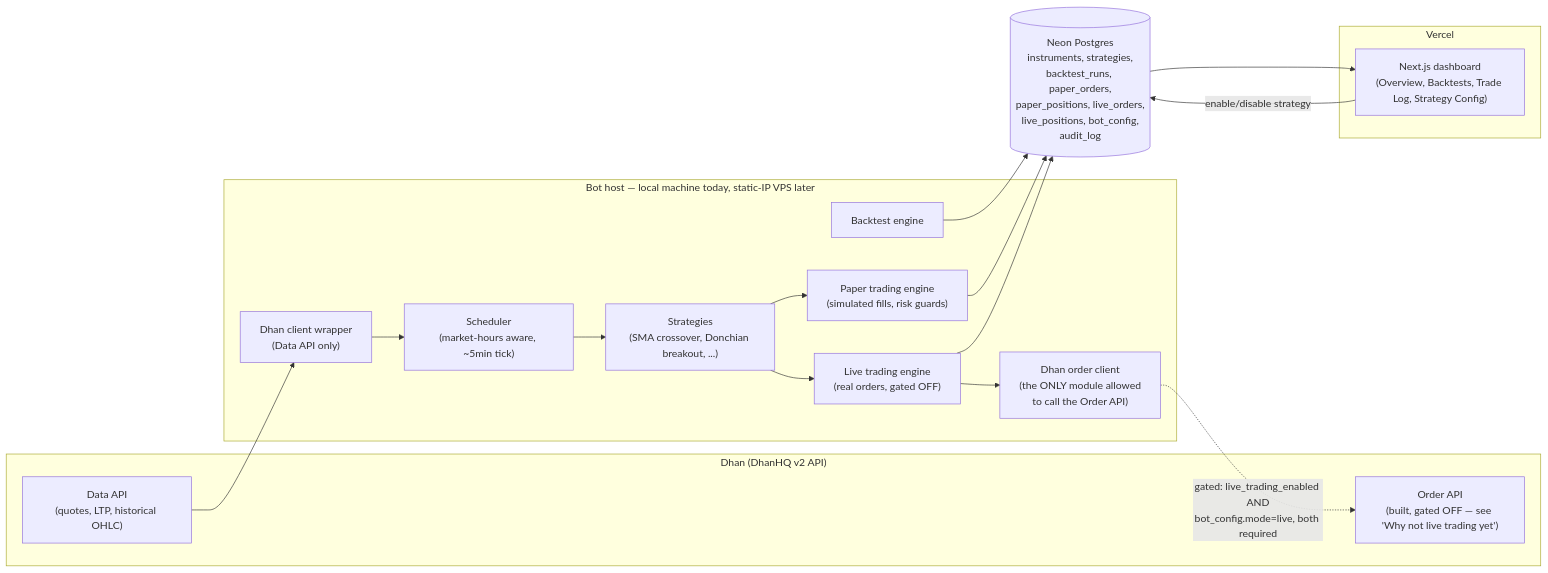
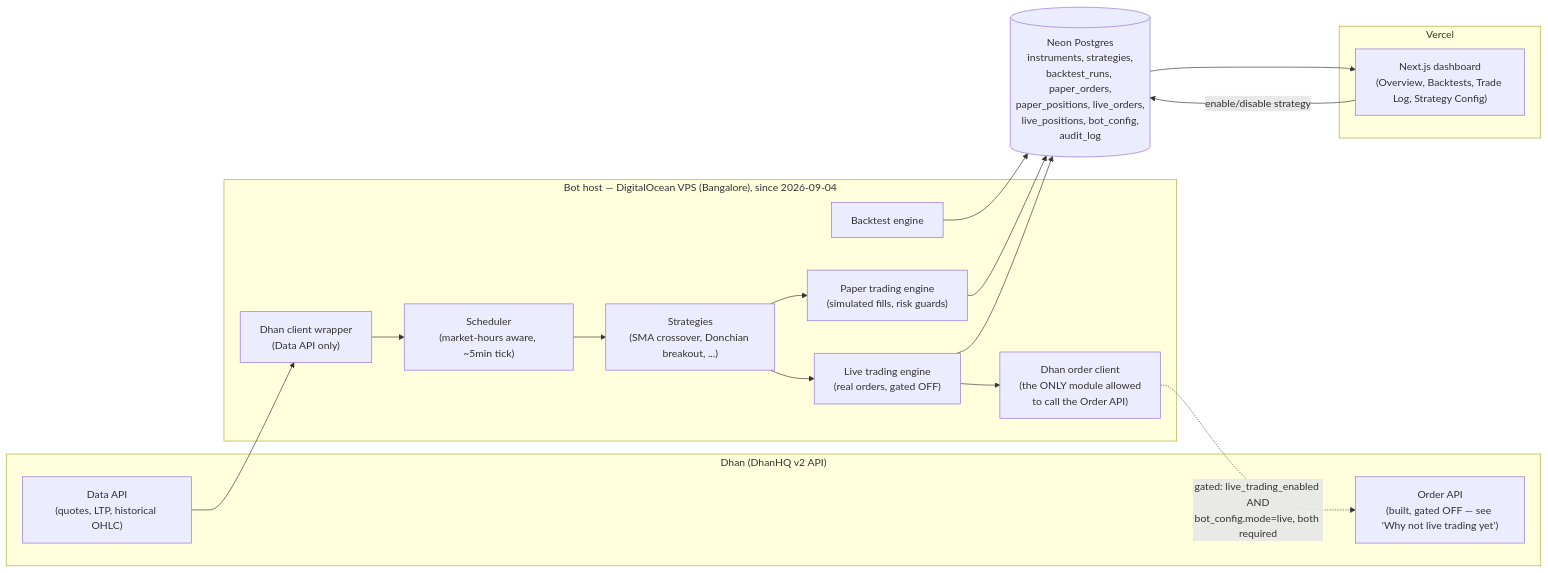
Before and after one commit to nowgrowmore/growmore: the diagram in docs/architecture.md, drawn with Mermaid. The commit also changed other lines of this file and 7 other files, not shown here.

First line of the commit message:
Move bot to a DigitalOcean VPS; start recording live strategy signal state

````diff
--- a/docs/architecture.md
+++ b/docs/architecture.md
@@ -5,34 +5,34 @@
 ```mermaid
 flowchart LR
     subgraph Dhan["Dhan (DhanHQ v2 API)"]
         DataAPI["Data API\n(quotes, LTP, historical OHLC)"]
         OrderAPI["Order API\n(built, gated OFF — see 'Why not live trading yet')"]
     end
 
-    subgraph BotHost["Bot host — local machine today, static-IP VPS later"]
+    subgraph BotHost["Bot host — DigitalOcean VPS (Bangalore), since 2026-09-04"]
         Scheduler["Scheduler\n(market-hours aware, ~5min tick)"]
         Strategies["Strategies\n(SMA crossover, Donchian breakout, ...)"]
         Backtest["Backtest engine"]
         Paper["Paper trading engine\n(simulated fills, risk guards)"]
         Live["Live trading engine\n(real orders, gated OFF)"]
         Broker["Dhan client wrapper\n(Data API only)"]
         OrderClient["Dhan order client\n(the ONLY module allowed\nto call the Order API)"]
     end
 
     DB[("Neon Postgres\ninstruments, strategies,\nbacktest_runs, paper_orders,\npaper_positions, live_orders,\nlive_positions, bot_config,\naudit_log")]
 
     subgraph Vercel["Vercel"]
         Dashboard["Next.js dashboard\n(Overview, Backtests, Trade Log, Strategy Config)"]
     end
 
     DataAPI --> Broker --> Scheduler
     Scheduler --> Strategies --> Paper
     Strategies --> Live
     Backtest --> DB
     Paper --> DB
     Live --> DB
     Live --> OrderClient
     OrderClient -. "gated: live_trading_enabled AND\nbot_config.mode=live, both required" .-> OrderAPI
     DB --> Dashboard
     Dashboard -- "enable/disable strategy" --> DB
 ```
````
